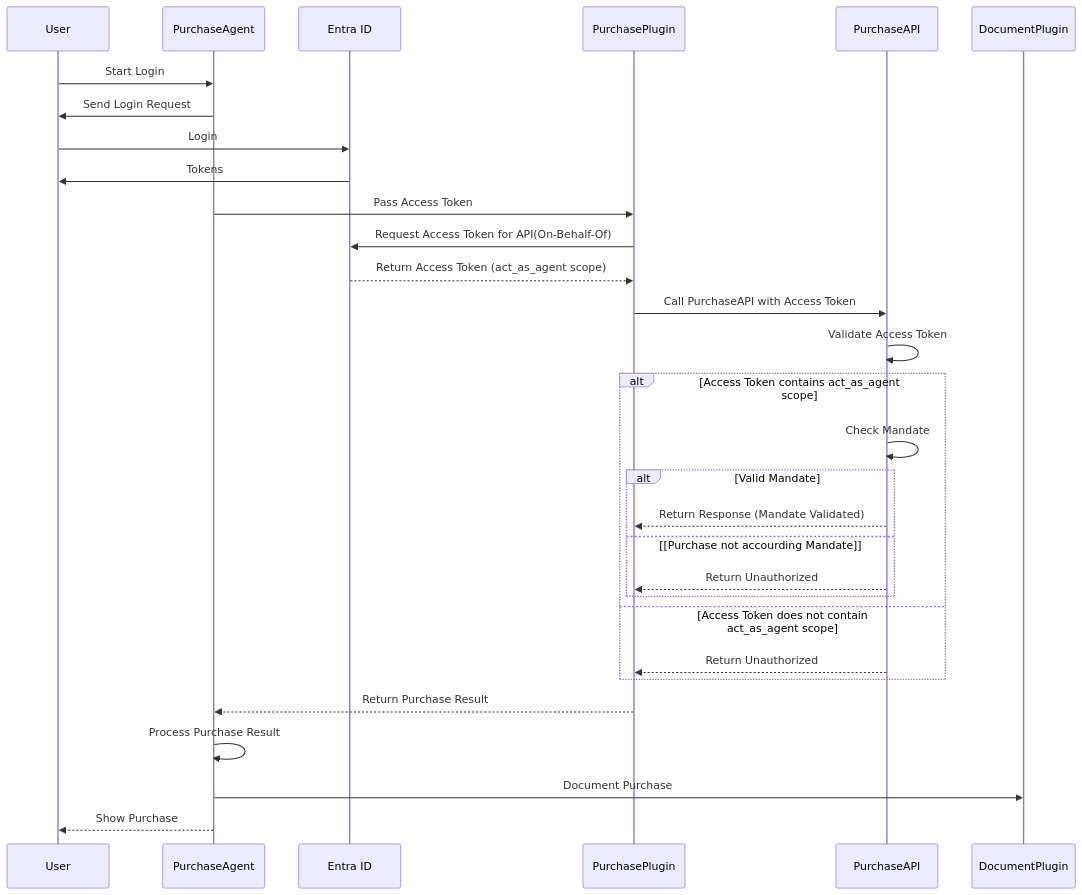
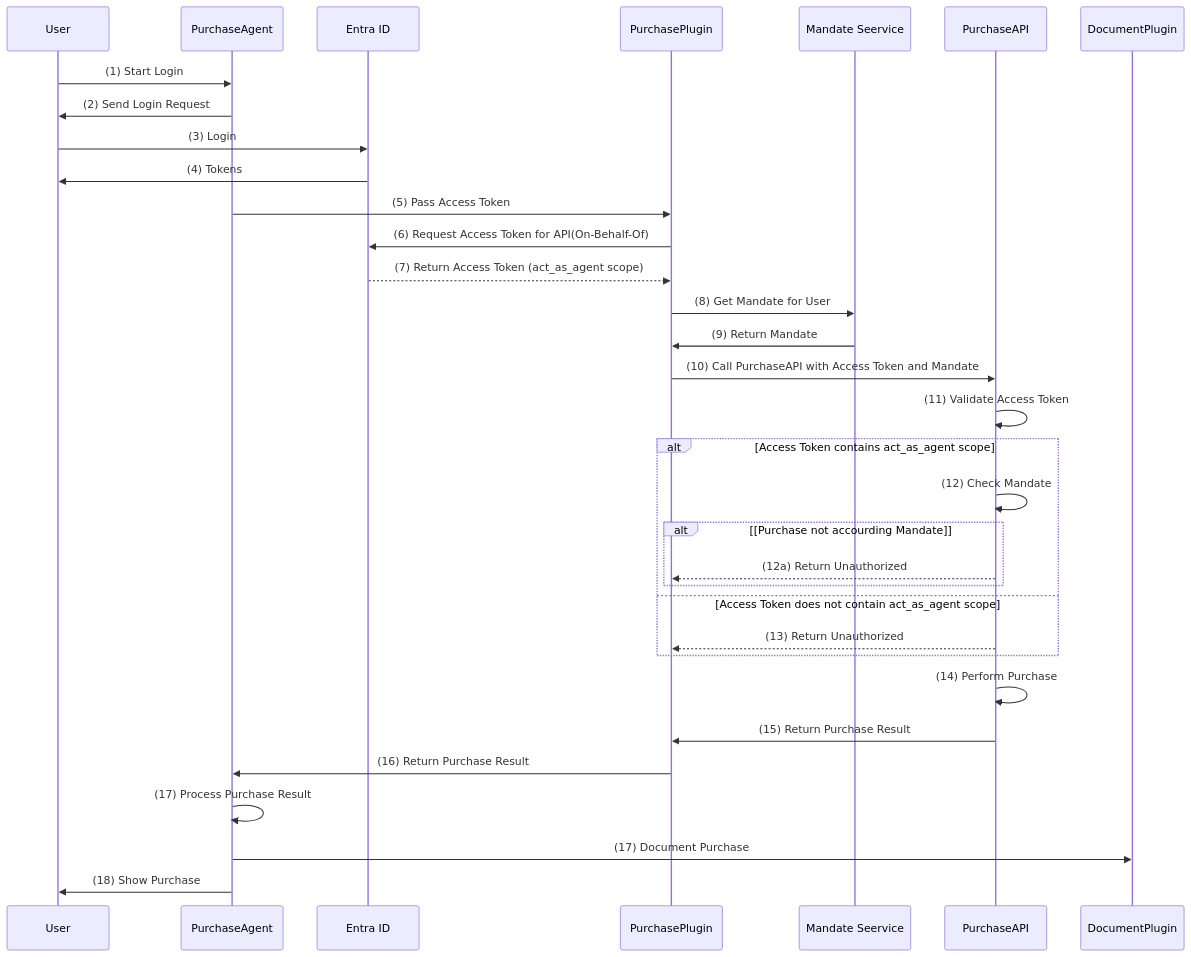
Before and after one commit to svandenhoven/SK_Mandate: the diagram in README.md, drawn with Mermaid. The commit also changed other lines of this file and 3 other files, not shown here.

Commit message:
update docu + added diagram

````diff
--- a/README.md
+++ b/README.md
@@ -104,34 +126,37 @@
 ```mermaid
 sequenceDiagram
-    participant User
-    participant PurchaseAgent
-    participant EntraID as Entra ID
-    participant PurchasePlugin
-    participant PurchaseAPI
+   participant User
+   participant PurchaseAgent
+   participant EntraID as Entra ID
+   participant PurchasePlugin
+   participant MandateService as Mandate Seervice
+   participant PurchaseAPI
 
-    User->>PurchaseAgent: Start Login
-    PurchaseAgent->>User: Send Login Request
-    User->>EntraID: Login
-    EntraID->>User: Tokens
+   User->>PurchaseAgent: (1) Start Login
+   PurchaseAgent->>User: (2) Send Login Request
+   User->>EntraID: (3) Login
+   EntraID->>User: (4) Tokens
 
-    PurchaseAgent->>PurchasePlugin: Pass Access Token
-    PurchasePlugin->>EntraID: Request Access Token for API(On-Behalf-Of)
-    EntraID-->>PurchasePlugin: Return Access Token (act_as_agent scope)
+   PurchaseAgent->>PurchasePlugin: (5) Pass Access Token
+   PurchasePlugin->>EntraID: (6) Request Access Token for API(On-Behalf-Of)
+   EntraID-->>PurchasePlugin: (7) Return Access Token (act_as_agent scope)
 
-    PurchasePlugin->>PurchaseAPI: Call PurchaseAPI with Access Token
-    PurchaseAPI->>PurchaseAPI: Validate Access Token
-    alt Access Token contains act_as_agent scope
-         PurchaseAPI->>PurchaseAPI: Check Mandate
-         alt Valid Mandate
-               PurchaseAPI-->>PurchasePlugin: Return Response (Mandate Validated)
-         else [Purchase not accourding Mandate]
-               PurchaseAPI-->>PurchasePlugin: Return Unauthorized
-         end
-    else Access Token does not contain act_as_agent scope
-         PurchaseAPI-->>PurchasePlugin: Return Unauthorized
-    end
-    PurchasePlugin-->>PurchaseAgent: Return Purchase Result
-    PurchaseAgent->>PurchaseAgent: Process Purchase Result
-    PurchaseAgent->>DocumentPlugin: Document Purchase
-    PurchaseAgent-->>User: Show Purchase
+   PurchasePlugin ->> MandateService: (8) Get Mandate for User
+   MandateService ->> PurchasePlugin: (9) Return Mandate
+   PurchasePlugin->>PurchaseAPI: (10) Call PurchaseAPI with Access Token and Mandate
+   PurchaseAPI->>PurchaseAPI: (11) Validate Access Token
+   alt Access Token contains act_as_agent scope
+      PurchaseAPI->>PurchaseAPI: (12) Check Mandate
+      alt [Purchase not accourding Mandate]
+            PurchaseAPI-->>PurchasePlugin: (12a) Return Unauthorized
+      end
+   else Access Token does not contain act_as_agent scope
+      PurchaseAPI-->>PurchasePlugin: (13) Return Unauthorized
+   end
+   PurchaseAPI->>PurchaseAPI: (14) Perform Purchase
+   PurchaseAPI->>PurchasePlugin: (15) Return Purchase Result
+   PurchasePlugin->>PurchaseAgent: (16) Return Purchase Result
+   PurchaseAgent->>PurchaseAgent: (17) Process Purchase Result
+   PurchaseAgent->>DocumentPlugin: (17) Document Purchase
+   PurchaseAgent->>User: (18) Show Purchase
 ```
````
